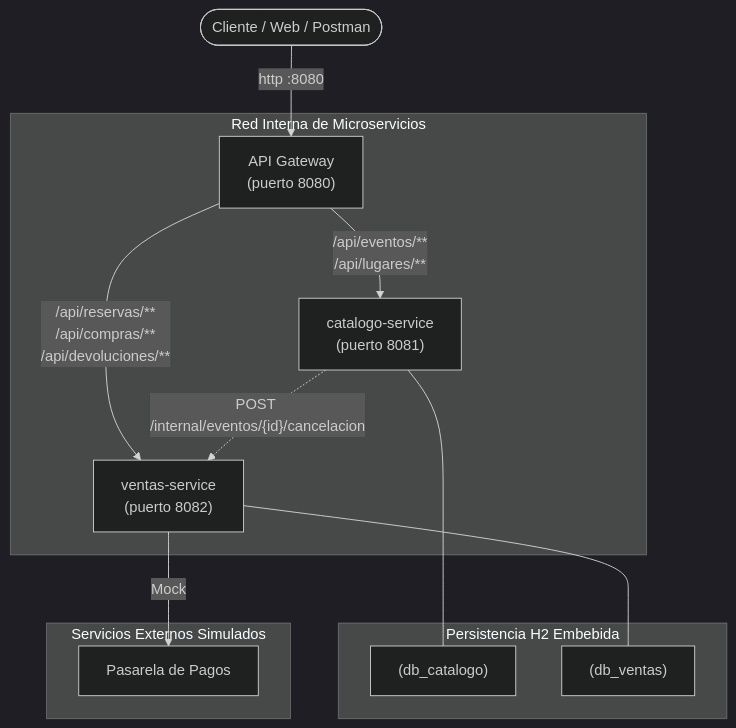
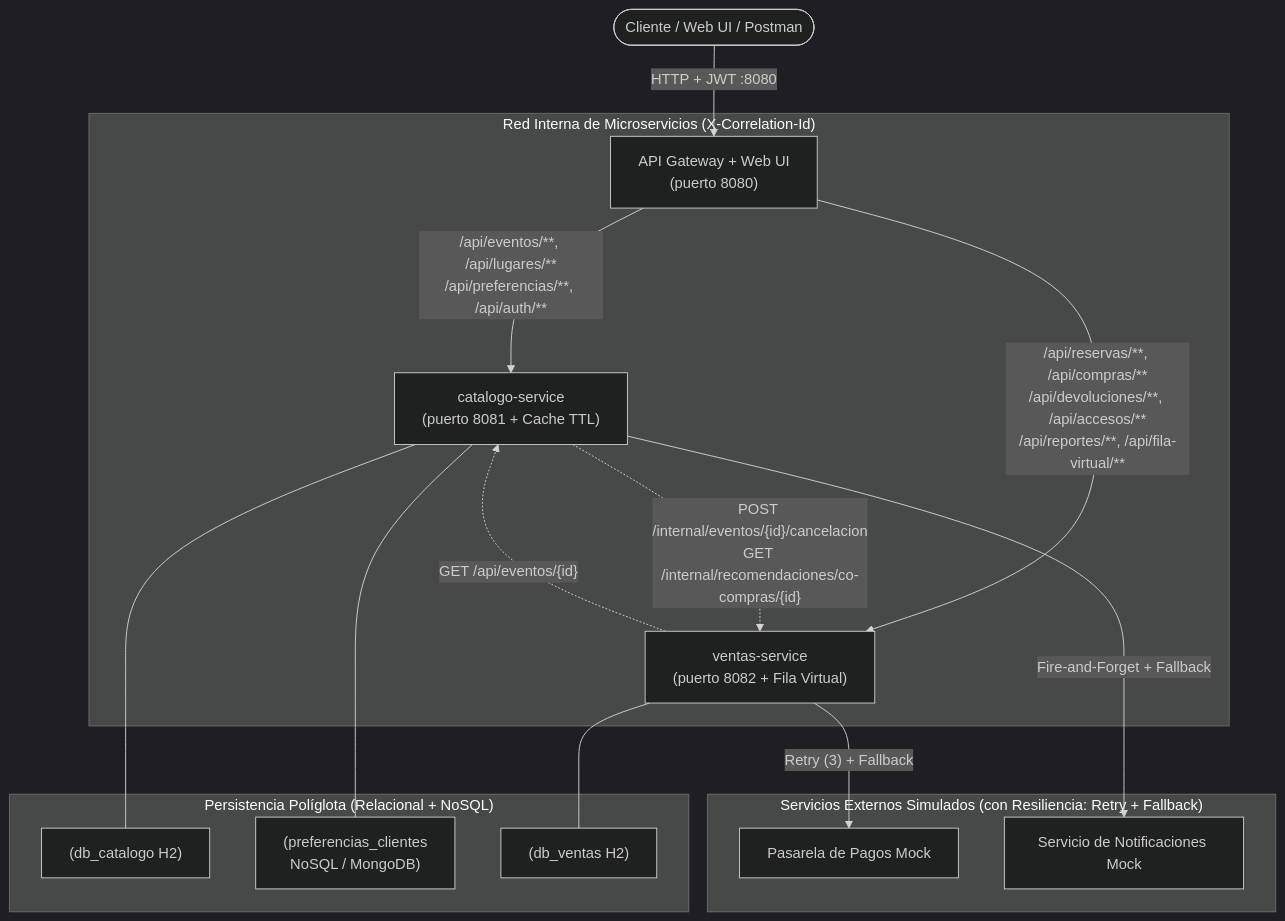
One commit to BrandonPenna/GrupoArqui changed the first of 4 diagrams in docs/arquitectura.md. Above: the diagram before and after it, drawn with Mermaid (dark theme). The commit also changed other lines of this file and 8 other files, not shown here.

````diff
--- a/docs/arquitectura.md
+++ b/docs/arquitectura.md
@@ -5,19 +5,22 @@
 ```mermaid
 graph TD
-    Client(["Cliente / Web / Postman"]) -->|"http :8080"| Gateway["API Gateway<br/>(puerto 8080)"]
+    Client(["Cliente / Web UI / Postman"]) -->|"HTTP + JWT :8080"| Gateway["API Gateway + Web UI<br/>(puerto 8080)"]
 
-    subgraph RedInterna ["Red Interna de Microservicios"]
-        Gateway -->|"/api/eventos/**<br/>/api/lugares/**"| CatService["catalogo-service<br/>(puerto 8081)"]
-        Gateway -->|"/api/reservas/**<br/>/api/compras/**<br/>/api/devoluciones/**"| VenService["ventas-service<br/>(puerto 8082)"]
-        CatService -.->|"POST /internal/eventos/{id}/cancelacion"| VenService
+    subgraph RedInterna ["Red Interna de Microservicios (X-Correlation-Id)"]
+        Gateway -->|"/api/eventos/**, /api/lugares/**<br/>/api/preferencias/**, /api/auth/**"| CatService["catalogo-service<br/>(puerto 8081 + Cache TTL)"]
+        Gateway -->|"/api/reservas/**, /api/compras/**<br/>/api/devoluciones/**, /api/accesos/**<br/>/api/reportes/**, /api/fila-virtual/**"| VenService["ventas-service<br/>(puerto 8082 + Fila Virtual)"]
+        CatService -.->|"POST /internal/eventos/{id}/cancelacion<br/>GET /internal/recomendaciones/co-compras/{id}"| VenService
+        VenService -.->|"GET /api/eventos/{id}"| CatService
     end
 
-    subgraph BasesDatos ["Persistencia H2 Embebida"]
-        CatService --- DBCat["(db_catalogo)"]
-        VenService --- DBVen["(db_ventas)"]
+    subgraph BasesDatos ["Persistencia Políglota (Relacional + NoSQL)"]
+        CatService --- DBCat["(db_catalogo H2)"]
+        CatService --- DBNoSql["(preferencias_clientes<br/>NoSQL / MongoDB)"]
+        VenService --- DBVen["(db_ventas H2)"]
     end
 
-    subgraph Externos ["Servicios Externos Simulados"]
-        VenService -->|"Mock"| Pasarela["Pasarela de Pagos"]
+    subgraph Externos ["Servicios Externos Simulados (con Resiliencia: Retry + Fallback)"]
+        VenService -->|"Retry (3) + Fallback"| Pasarela["Pasarela de Pagos Mock"]
+        CatService -->|"Fire-and-Forget + Fallback"| Notif["Servicio de Notificaciones Mock"]
     end
 ```
````
